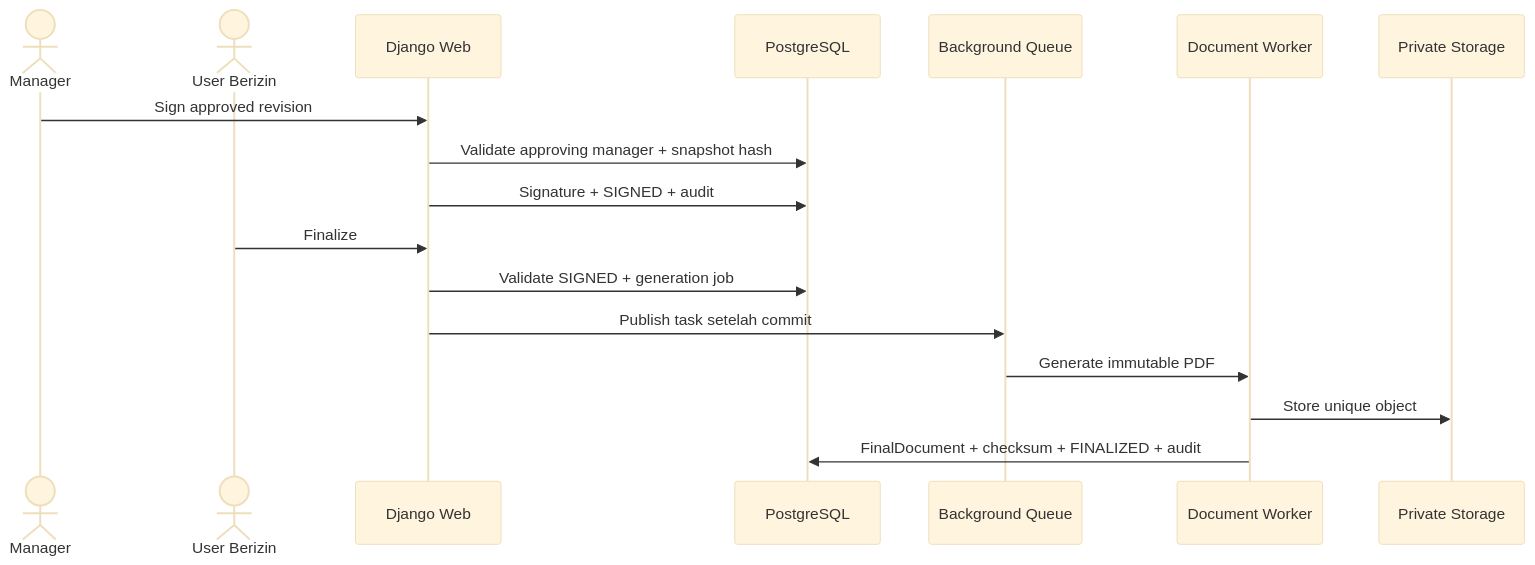
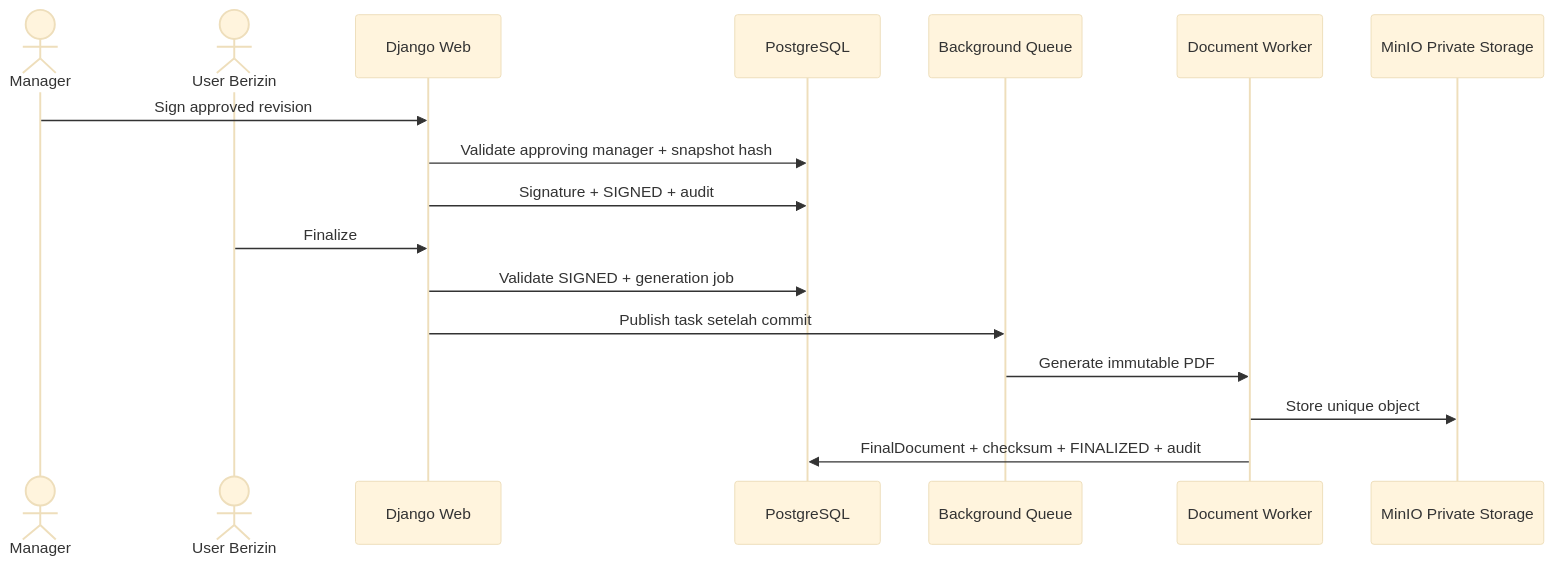
One commit to siantika/procurement-demo changed the sixth of 7 diagrams in docs/05-system-architecture.md. Above: the diagram before and after it, drawn with Mermaid. The commit also changed other lines of this file, not shown here.

Commit message:
docs: finalize MVP architecture decisions

```diff
--- a/docs/05-system-architecture.md
+++ b/docs/05-system-architecture.md
@@ -407,21 +413,21 @@
 ~~~mermaid
 %%{init: {"theme": "base", "themeVariables": {"background": "#ffffff"}}}%%
 sequenceDiagram
     actor Manager
     actor User as User Berizin
     participant Web as Django Web
     participant DB as PostgreSQL
     participant Queue as Background Queue
     participant Worker as Document Worker
-    participant Storage as Private Storage
+    participant Storage as MinIO Private Storage
 
     Manager->>Web: Sign approved revision
     Web->>DB: Validate approving manager + snapshot hash
     Web->>DB: Signature + SIGNED + audit
     User->>Web: Finalize
     Web->>DB: Validate SIGNED + generation job
     Web->>Queue: Publish task setelah commit
     Queue->>Worker: Generate immutable PDF
     Worker->>Storage: Store unique object
     Worker->>DB: FinalDocument + checksum + FINALIZED + audit
 ~~~
```
